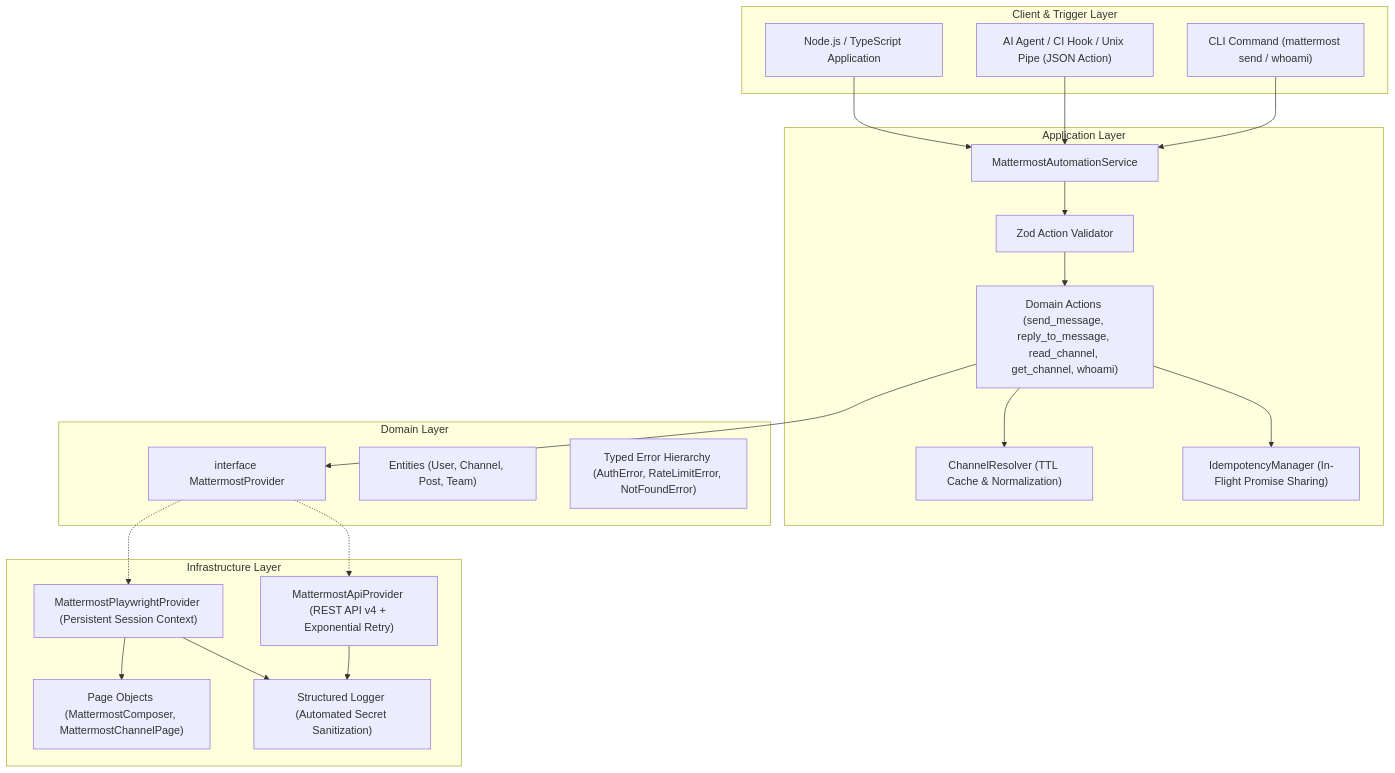
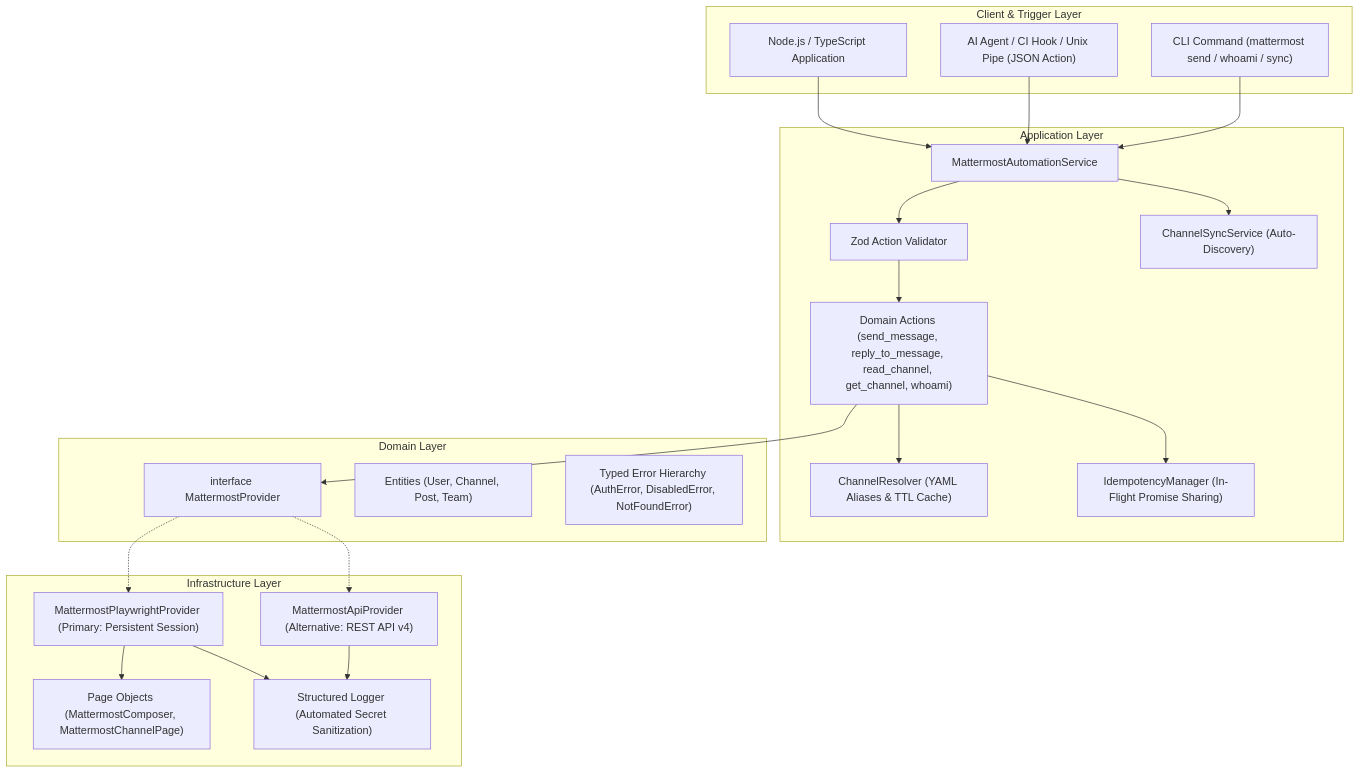
The diagram in README.md (Zarfbalsamofperu3501/Mattermost-Agent), drawn with Mermaid before and after one commit. The commit also changed other lines of this file and 3 other files, not shown here.

Commit message:
docs: position Playwright as primary zero-admin default provider and update env example

````diff
--- a/README.md
+++ b/README.md
@@ -47,43 +53,45 @@
 ```mermaid
 flowchart TD
     subgraph TriggerLayer ["Client & Trigger Layer"]
-        CLI["CLI Command (mattermost send / whoami)"]
+        CLI["CLI Command (mattermost send / whoami / sync)"]
         Agent["AI Agent / CI Hook / Unix Pipe (JSON Action)"]
         CodeSDK["Node.js / TypeScript Application"]
     end
 
     subgraph AppLayer ["Application Layer"]
         Service["MattermostAutomationService"]
         Actions["Domain Actions (send_message, reply_to_message, read_channel, get_channel, whoami)"]
         Validator["Zod Action Validator"]
-        Resolver["ChannelResolver (TTL Cache & Normalization)"]
+        Resolver["ChannelResolver (YAML Aliases & TTL Cache)"]
+        SyncService["ChannelSyncService (Auto-Discovery)"]
         Idempotency["IdempotencyManager (In-Flight Promise Sharing)"]
     end
 
     subgraph DomainLayer ["Domain Layer"]
         ProviderInterface["interface MattermostProvider"]
         Entities["Entities (User, Channel, Post, Team)"]
-        Errors["Typed Error Hierarchy (AuthError, RateLimitError, NotFoundError)"]
+        Errors["Typed Error Hierarchy (AuthError, DisabledError, NotFoundError)"]
     end
 
     subgraph InfraLayer ["Infrastructure Layer"]
-        ApiProvider["MattermostApiProvider (REST API v4 + Exponential Retry)"]
-        PlaywrightProvider["MattermostPlaywrightProvider (Persistent Session Context)"]
+        PlaywrightProvider["MattermostPlaywrightProvider (Primary: Persistent Session)"]
+        ApiProvider["MattermostApiProvider (Alternative: REST API v4)"]
         PageObjects["Page Objects (MattermostComposer, MattermostChannelPage)"]
         Logger["Structured Logger (Automated Secret Sanitization)"]
     end
 
     CLI --> Service
     Agent --> Service
     CodeSDK --> Service
     Service --> Validator
     Validator --> Actions
     Actions --> Resolver
     Actions --> Idempotency
+    Service --> SyncService
     Actions --> ProviderInterface
+    ProviderInterface -.-> PlaywrightProvider
     ProviderInterface -.-> ApiProvider
-    ProviderInterface -.-> PlaywrightProvider
     PlaywrightProvider --> PageObjects
     ApiProvider --> Logger
     PlaywrightProvider --> Logger
 ```
````
